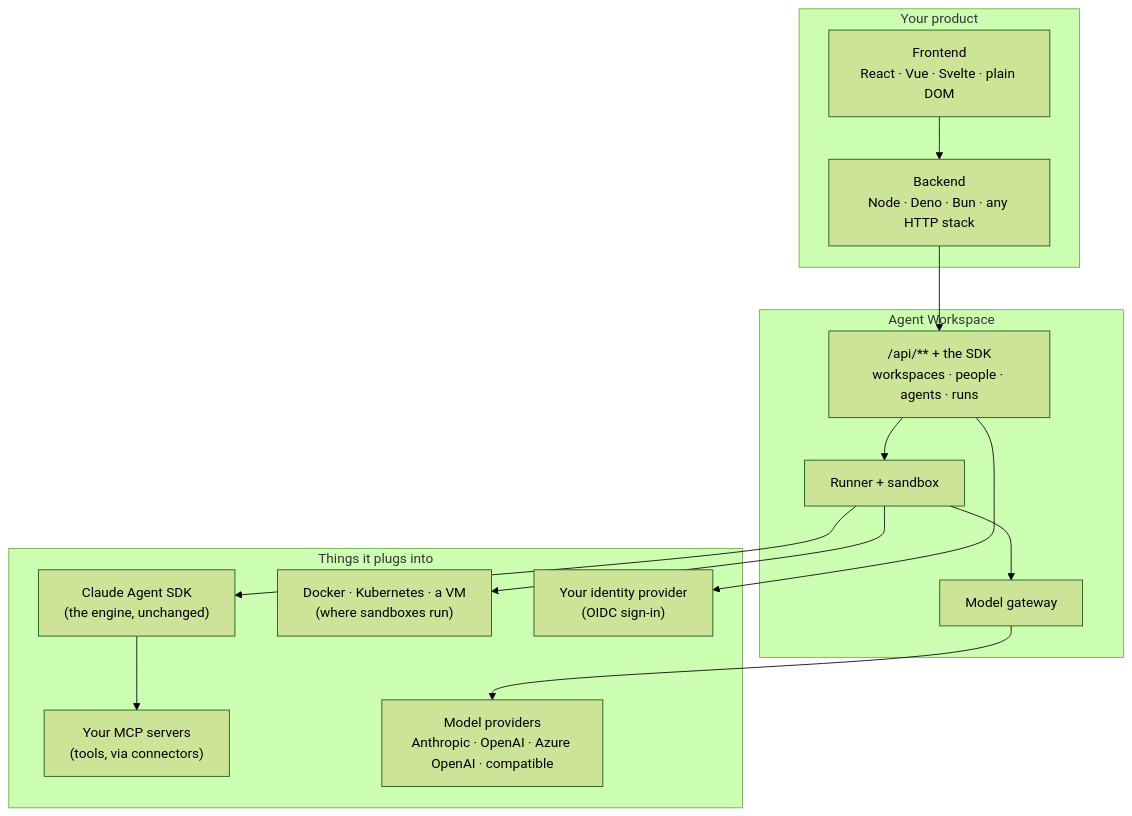
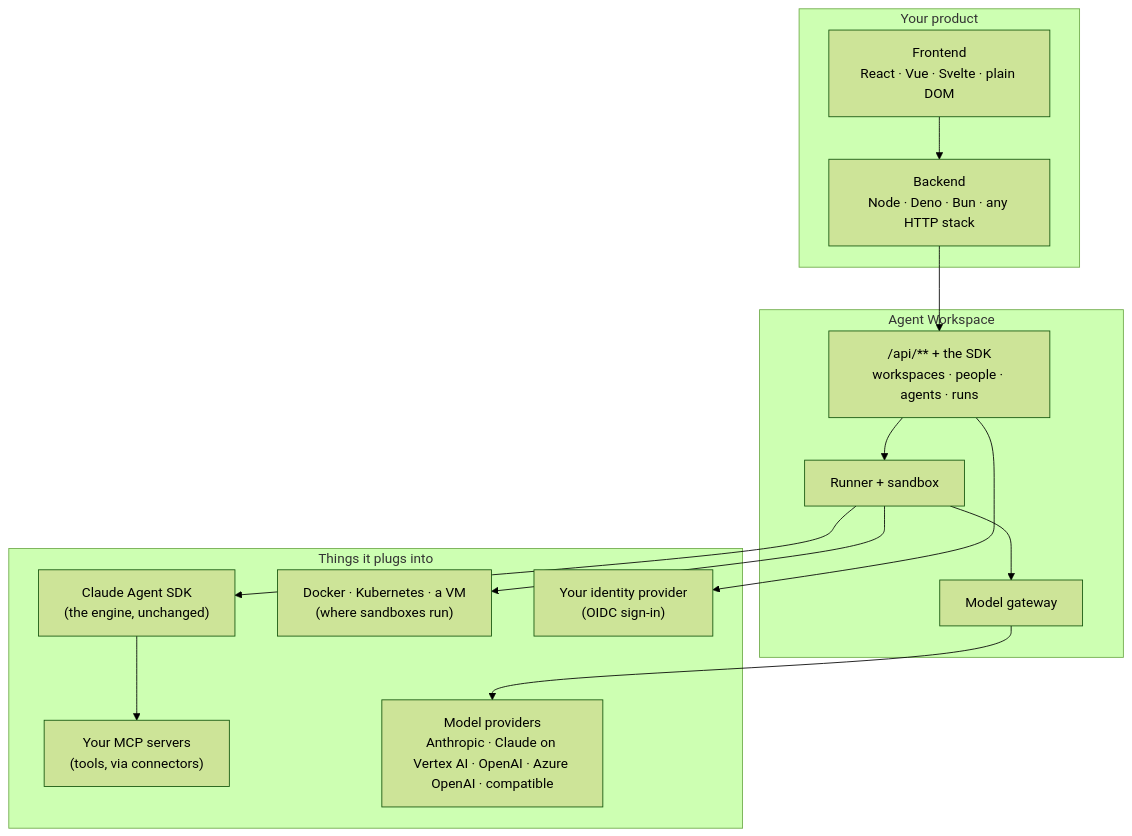
One commit to indxjp/agent-workspace changed the first of 2 diagrams in docs/sdk/site/concepts/what-is-agent-workspace.mdx. Above: the diagram before and after it, drawn with Mermaid (forest theme). The commit also changed other lines of this file and 2650 other files, not shown here.

````diff
--- a/docs/sdk/site/concepts/what-is-agent-workspace.mdx
+++ b/docs/sdk/site/concepts/what-is-agent-workspace.mdx
@@ -256,25 +256,25 @@
 ```mermaid
 flowchart TD
   subgraph Yours["Your product"]
     FE["Frontend<br/>React · Vue · Svelte · plain DOM"]
     BE["Backend<br/>Node · Deno · Bun · any HTTP stack"]
   end
   subgraph AW["Agent Workspace"]
     API["/api/** + the SDK<br/>workspaces · people · agents · runs"]
     GW["Model gateway"]
     RN["Runner + sandbox"]
   end
   subgraph Ext["Things it plugs into"]
     SDKc["Claude Agent SDK<br/>(the engine, unchanged)"]
     MCP["Your MCP servers<br/>(tools, via connectors)"]
-    Prov["Model providers<br/>Anthropic · OpenAI · Azure OpenAI · compatible"]
+    Prov["Model providers<br/>Anthropic · Claude on Vertex AI · OpenAI · Azure OpenAI · compatible"]
     Infra["Docker · Kubernetes · a VM<br/>(where sandboxes run)"]
     IdP["Your identity provider<br/>(OIDC sign-in)"]
   end
   FE --> BE --> API
   API --> RN --> SDKc
   SDKc --> MCP
   RN --> GW --> Prov
   RN --> Infra
   API --> IdP
 ```
````
